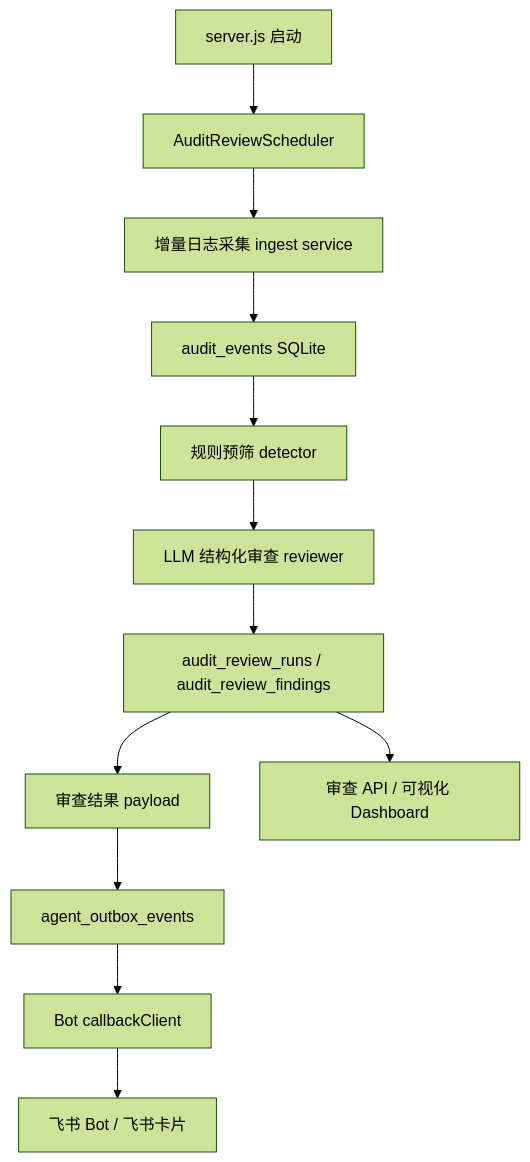
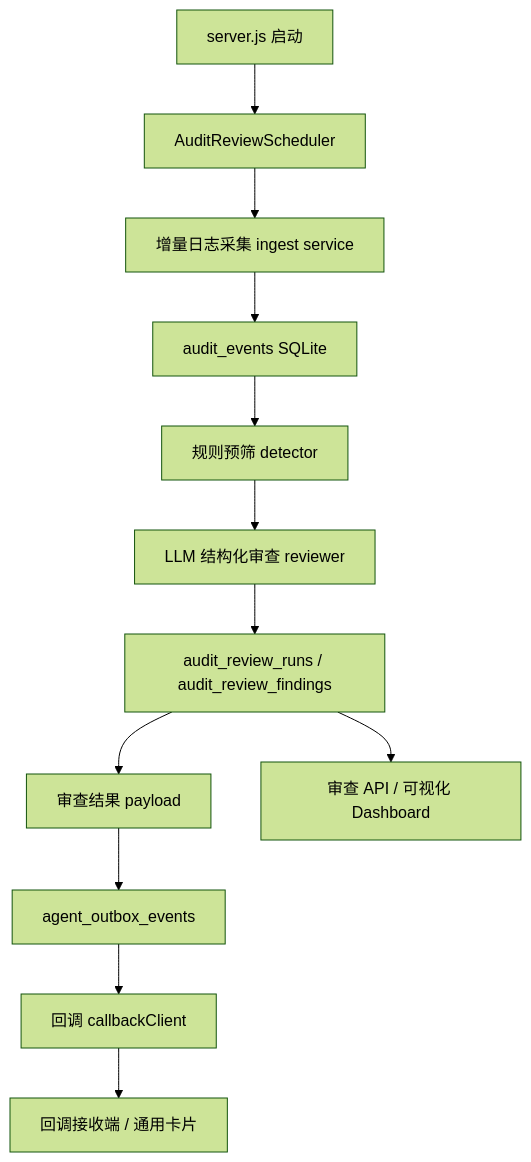
The diagram in v1.4/PERIODIC_LLM_AUDIT_REVIEW_DESIGN.md (Chenmaonan/audit-logger-agent), drawn with Mermaid (forest theme) before and after one commit. The commit also changed other lines of this file and 6 other files, not shown here.

````diff
--- a/v1.4/PERIODIC_LLM_AUDIT_REVIEW_DESIGN.md
+++ b/v1.4/PERIODIC_LLM_AUDIT_REVIEW_DESIGN.md
@@ -57,14 +59,14 @@
 ```mermaid
 flowchart TD
   A["server.js 启动"] --> B["AuditReviewScheduler"]
   B --> C["增量日志采集 ingest service"]
   C --> D["audit_events SQLite"]
   D --> E["规则预筛 detector"]
   E --> F["LLM 结构化审查 reviewer"]
   F --> G["audit_review_runs / audit_review_findings"]
   G --> H["审查结果 payload"]
   H --> I["agent_outbox_events"]
-  I --> J["Bot callbackClient"]
-  J --> K["飞书 Bot / 飞书卡片"]
+  I --> J["回调 callbackClient"]
+  J --> K["回调接收端 / 通用卡片"]
   G --> L["审查 API / 可视化 Dashboard"]
 ```
````
